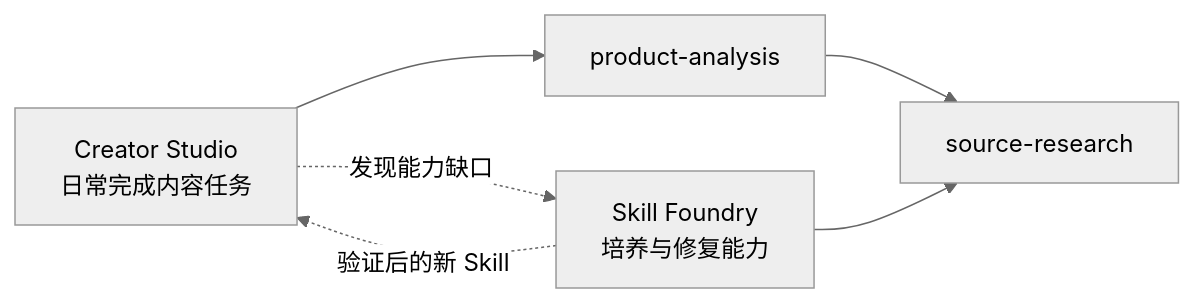
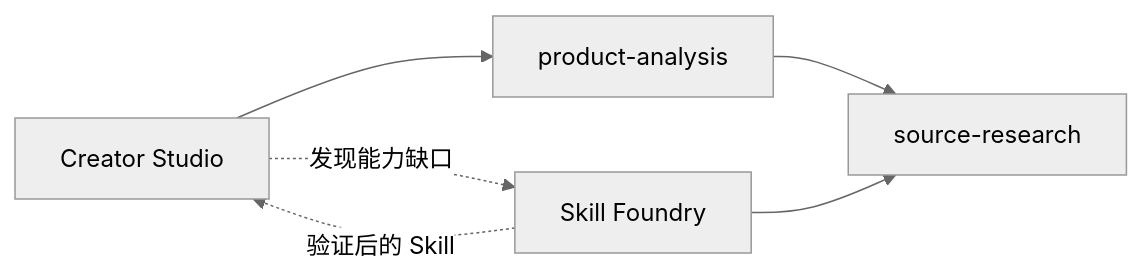
The second of 2 diagrams in README.md (qihangzhang-272/asl-harness), drawn with Mermaid (neutral theme) before and after one commit. The commit also changed other lines of this file, not shown here.

````diff
--- a/README.md
+++ b/README.md
@@ -97,10 +123,9 @@
 ```mermaid
 flowchart LR
-    C["Creator Studio\n日常完成内容任务"] --> P["product-analysis"]
+    C["Creator Studio"] --> P["product-analysis"]
     P --> R["source-research"]
-
-    F["Skill Foundry\n培养与修复能力"] --> R
+    F["Skill Foundry"] --> R
 
     C -. "发现能力缺口" .-> F
-    F -. "验证后的新 Skill" .-> C
+    F -. "验证后的 Skill" .-> C
 ```
````
